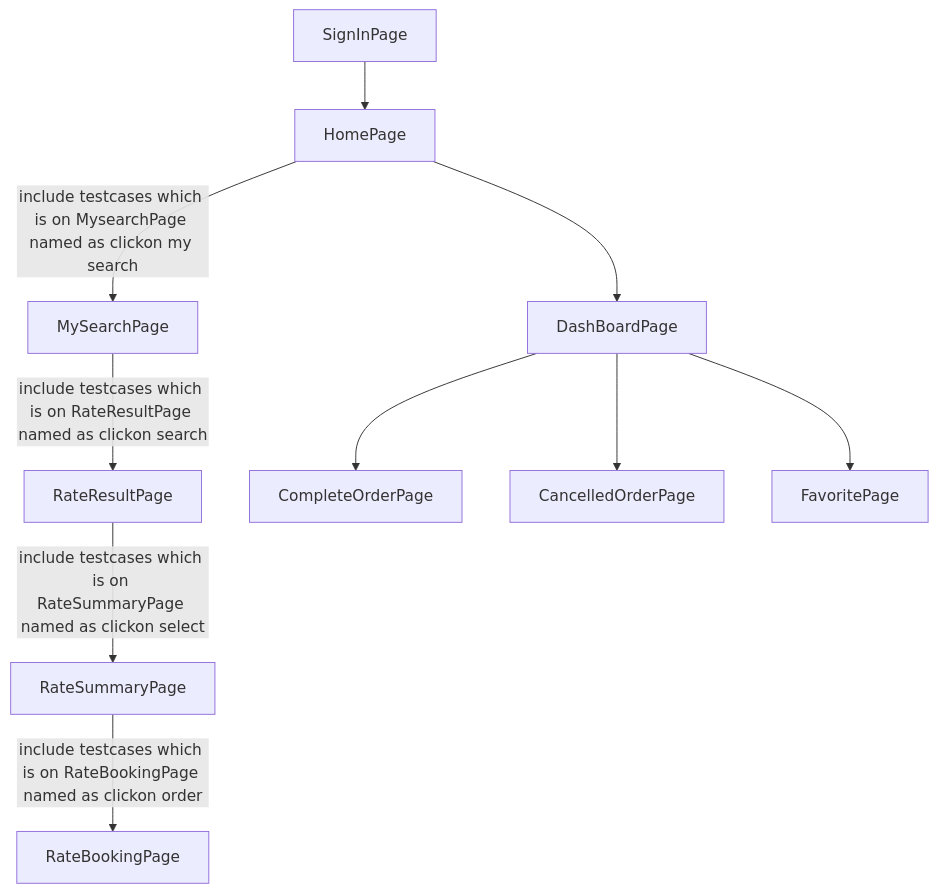
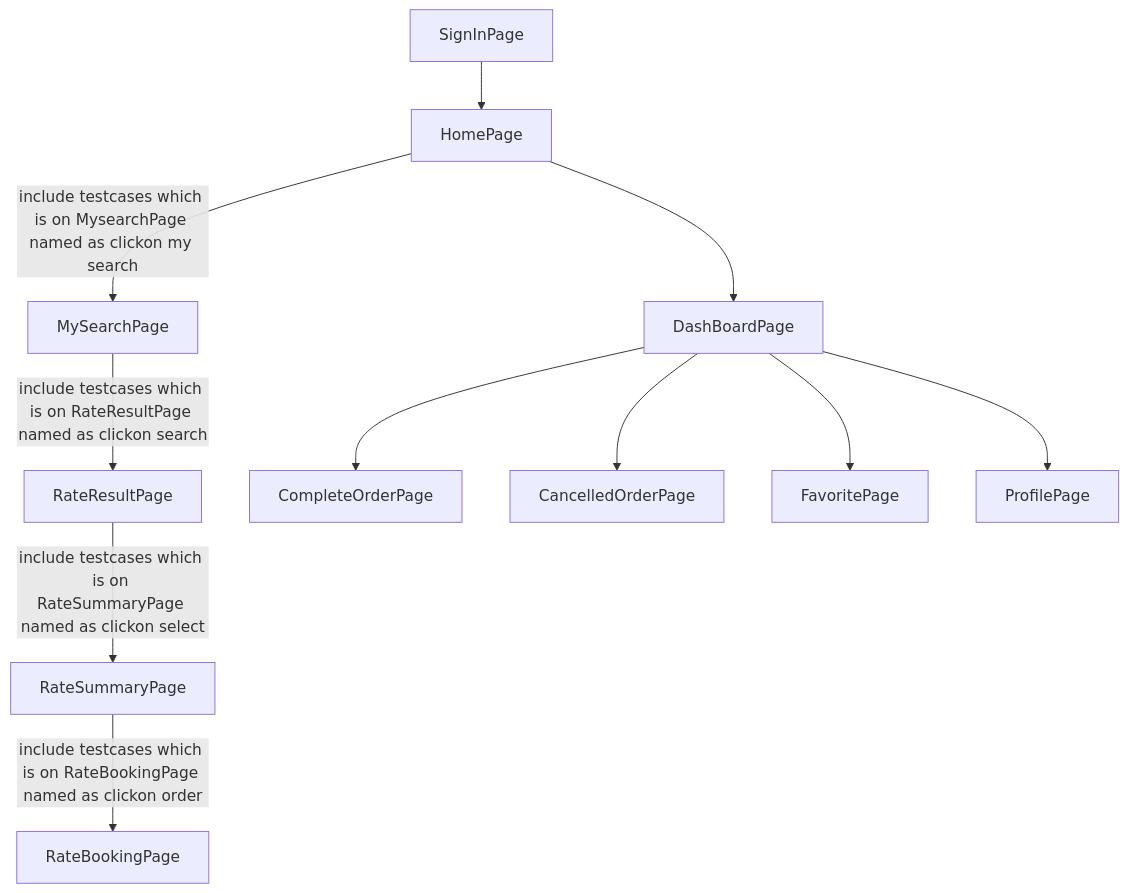
One commit to Darshanbhosle/Standalone changed the diagram in README.md. Above: the diagram before and after it, drawn with Mermaid.

````diff
--- a/README.md
+++ b/README.md
@@ -3,9 +3,10 @@
 ```mermaid
 graph TD;
     SignInPage-->HomePage--include testcases which is on MysearchPage named as clickon my search -->MySearchPage--include testcases which is on RateResultPage named as clickon search-->RateResultPage--include testcases which is on RateSummaryPage named as clickon select-->RateSummaryPage--include testcases which is on RateBookingPage named as clickon order-->RateBookingPage;
     HomePage-->DashBoardPage;
     DashBoardPage-->CompleteOrderPage;
     DashBoardPage-->CancelledOrderPage;
     DashBoardPage-->FavoritePage;
+    DashBoardPage-->ProfilePage;
     
 ```
````
